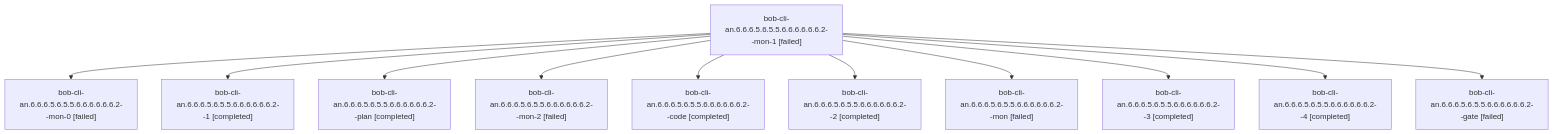
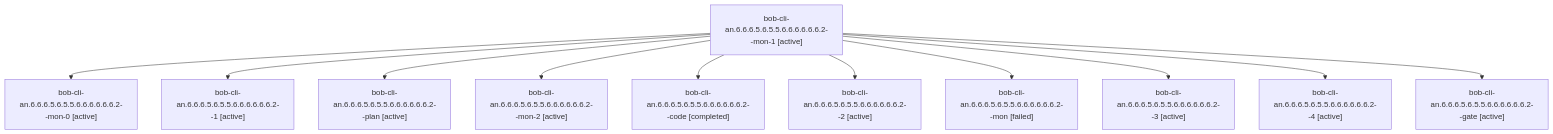
The diagram in sessions/bbugyi200.athena.bob-cli-an.6.6.6.5.6.5.5.6.6.6.6.6.6.2.md (bobs-org/bob-cli--agents), drawn with Mermaid before and after one commit. The commit also changed other lines of this file and 542 other files, not shown here.

````diff
--- a/sessions/bbugyi200.athena.bob-cli-an.6.6.6.5.6.5.5.6.6.6.6.6.6.2.md
+++ b/sessions/bbugyi200.athena.bob-cli-an.6.6.6.5.6.5.5.6.6.6.6.6.6.2.md
@@ -9,24 +9,24 @@
 ```mermaid
 flowchart TD
-  n0["bob-cli-an.6.6.6.5.6.5.5.6.6.6.6.6.6.2--mon-1 [failed]"]
-  n1["bob-cli-an.6.6.6.5.6.5.5.6.6.6.6.6.6.2--mon-0 [failed]"]
+  n0["bob-cli-an.6.6.6.5.6.5.5.6.6.6.6.6.6.2--mon-1 [active]"]
+  n1["bob-cli-an.6.6.6.5.6.5.5.6.6.6.6.6.6.2--mon-0 [active]"]
   n0 --> n1
-  n2["bob-cli-an.6.6.6.5.6.5.5.6.6.6.6.6.6.2--1 [completed]"]
+  n2["bob-cli-an.6.6.6.5.6.5.5.6.6.6.6.6.6.2--1 [active]"]
   n0 --> n2
-  n3["bob-cli-an.6.6.6.5.6.5.5.6.6.6.6.6.6.2--plan [completed]"]
+  n3["bob-cli-an.6.6.6.5.6.5.5.6.6.6.6.6.6.2--plan [active]"]
   n0 --> n3
-  n4["bob-cli-an.6.6.6.5.6.5.5.6.6.6.6.6.6.2--mon-2 [failed]"]
+  n4["bob-cli-an.6.6.6.5.6.5.5.6.6.6.6.6.6.2--mon-2 [active]"]
   n0 --> n4
   n5["bob-cli-an.6.6.6.5.6.5.5.6.6.6.6.6.6.2--code [completed]"]
   n0 --> n5
-  n6["bob-cli-an.6.6.6.5.6.5.5.6.6.6.6.6.6.2--2 [completed]"]
+  n6["bob-cli-an.6.6.6.5.6.5.5.6.6.6.6.6.6.2--2 [active]"]
   n0 --> n6
   n7["bob-cli-an.6.6.6.5.6.5.5.6.6.6.6.6.6.2--mon [failed]"]
   n0 --> n7
-  n8["bob-cli-an.6.6.6.5.6.5.5.6.6.6.6.6.6.2--3 [completed]"]
+  n8["bob-cli-an.6.6.6.5.6.5.5.6.6.6.6.6.6.2--3 [active]"]
   n0 --> n8
-  n9["bob-cli-an.6.6.6.5.6.5.5.6.6.6.6.6.6.2--4 [completed]"]
+  n9["bob-cli-an.6.6.6.5.6.5.5.6.6.6.6.6.6.2--4 [active]"]
   n0 --> n9
-  n10["bob-cli-an.6.6.6.5.6.5.5.6.6.6.6.6.6.2--gate [failed]"]
+  n10["bob-cli-an.6.6.6.5.6.5.5.6.6.6.6.6.6.2--gate [active]"]
   n0 --> n10
 ```
````
